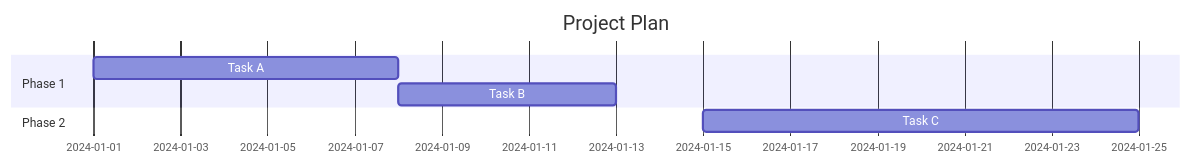
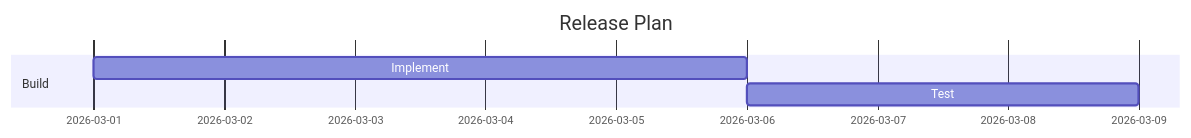
The eighth of 10 diagrams in canvas/references/diagram-templates.md (belinwu/simota-skills), drawn with Mermaid before and after one commit. The commit also changed other lines of this file and 13 other files, not shown here.

````diff
--- a/canvas/references/diagram-templates.md
+++ b/canvas/references/diagram-templates.md
@@ -158,10 +105,8 @@
 ```mermaid
 gantt
-    title Project Plan
+    title Release Plan
     dateFormat  YYYY-MM-DD
-    section Phase 1
-    Task A           :a1, 2024-01-01, 7d
-    Task B           :after a1, 5d
-    section Phase 2
-    Task C           :2024-01-15, 10d
+    section Build
+    Implement :a1, 2026-03-01, 5d
+    Test      :a2, after a1, 3d
 ```
````
